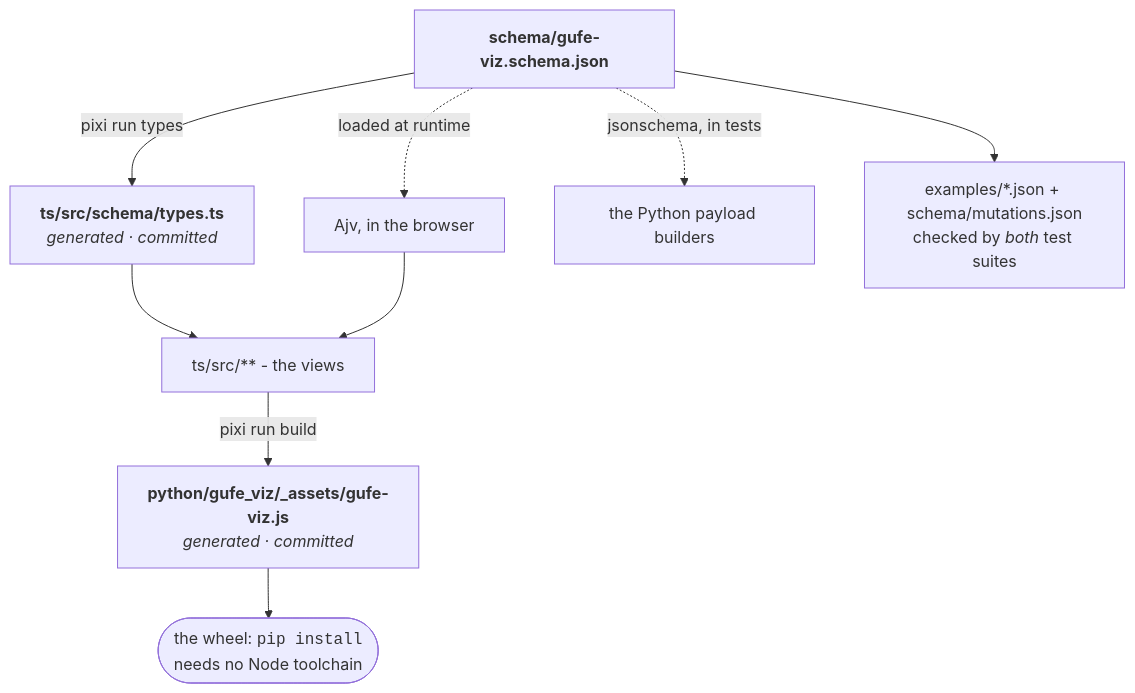
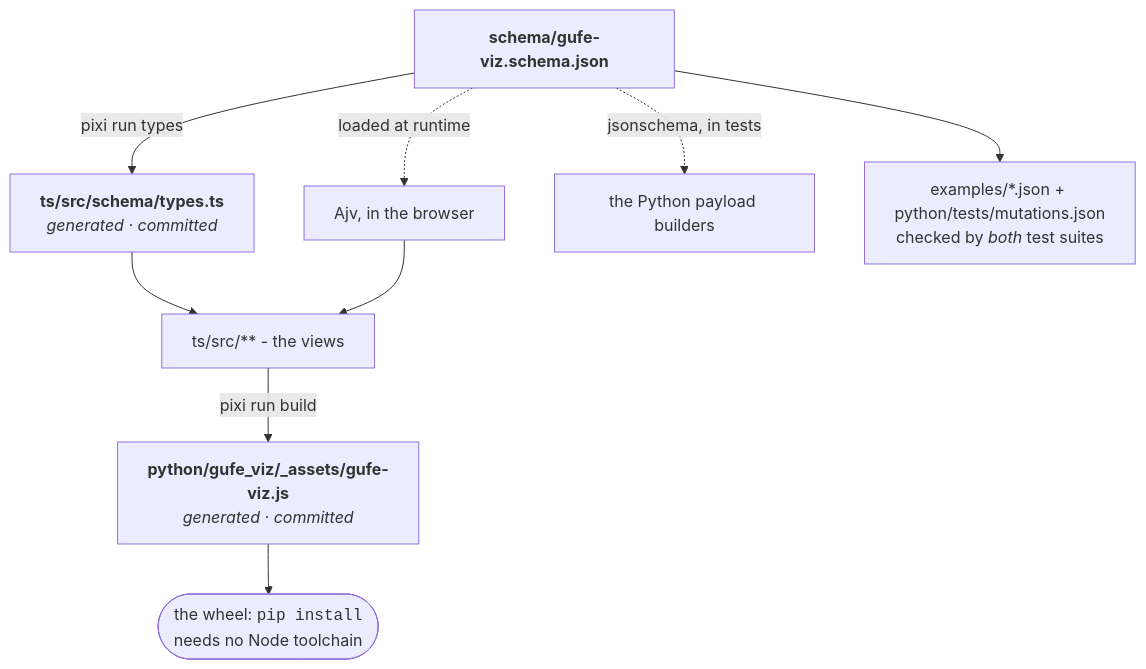
Before and after one commit to omsf-eco-infra/gufe-viz: the third of 3 diagrams in README.md, drawn with Mermaid. The commit also changed other lines of this file and 42 other files, not shown here.

````diff
--- a/README.md
+++ b/README.md
@@ -281,15 +362,15 @@
 ```mermaid
 flowchart TD
   src["<b>schema/gufe-viz.schema.json</b>"]
 
   src -->|"pixi run types"| types["<b>ts/src/schema/types.ts</b><br/><i>generated · committed</i>"]
   src -.->|"loaded at runtime"| ajv["Ajv, in the browser"]
   src -.->|"jsonschema, in tests"| py["the Python payload builders"]
 
   types --> views["ts/src/** - the views"]
   ajv --> views
   views -->|"pixi run build"| bundle["<b>python/gufe_viz/_assets/gufe-viz.js</b><br/><i>generated · committed</i>"]
   bundle --> wheel(["the wheel: <code>pip install</code><br/>needs no Node toolchain"])
 
-  src --> fixtures["examples/*.json + schema/mutations.json<br/>checked by <i>both</i> test suites"]
+  src --> fixtures["examples/*.json + python/tests/mutations.json<br/>checked by <i>both</i> test suites"]
 ```
````
